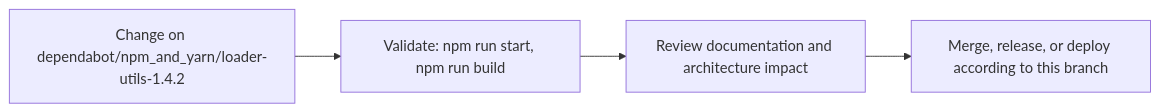
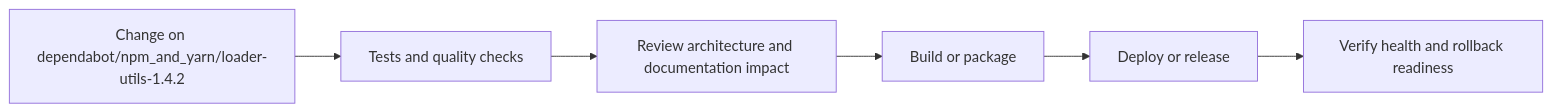
One commit to Nischhalsubba/Personal-Website changed the fourth of 5 diagrams in README.md. Above: the diagram before and after it, drawn with Mermaid. The commit also changed other lines of this file, not shown here.

````diff
--- a/README.md
+++ b/README.md
@@ -62,8 +134,8 @@
 ```mermaid
 flowchart LR
-    CHANGE["Change on dependabot/npm_and_yarn/loader-utils-1.4.2"]
-    CHECK["Validate: npm run start, npm run build"]
-    REVIEW["Review documentation and architecture impact"]
-    RELEASE["Merge, release, or deploy according to this branch"]
-    CHANGE --> CHECK --> REVIEW --> RELEASE
+    CHANGE["Change on dependabot/npm_and_yarn/loader-utils-1.4.2"] --> CHECK["Tests and quality checks"]
+    CHECK --> REVIEW["Review architecture and documentation impact"]
+    REVIEW --> BUILD["Build or package"]
+    BUILD --> DEPLOY["Deploy or release"]
+    DEPLOY --> VERIFY["Verify health and rollback readiness"]
 ```
````
